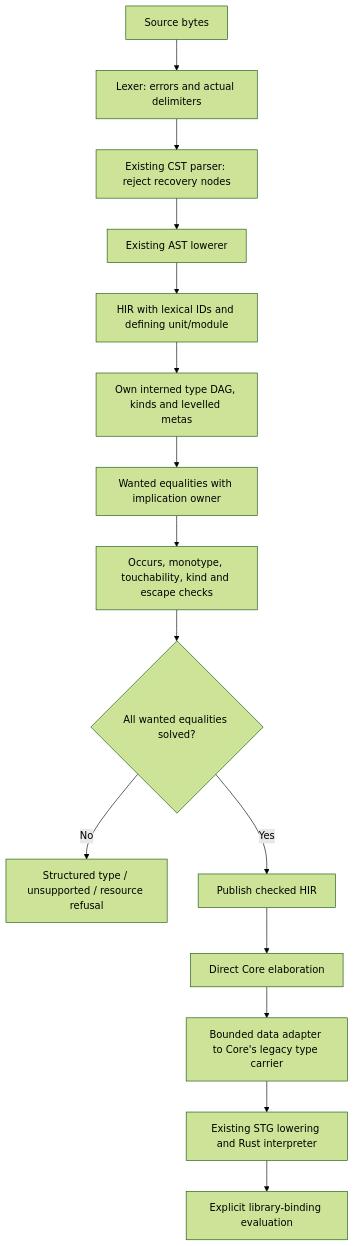
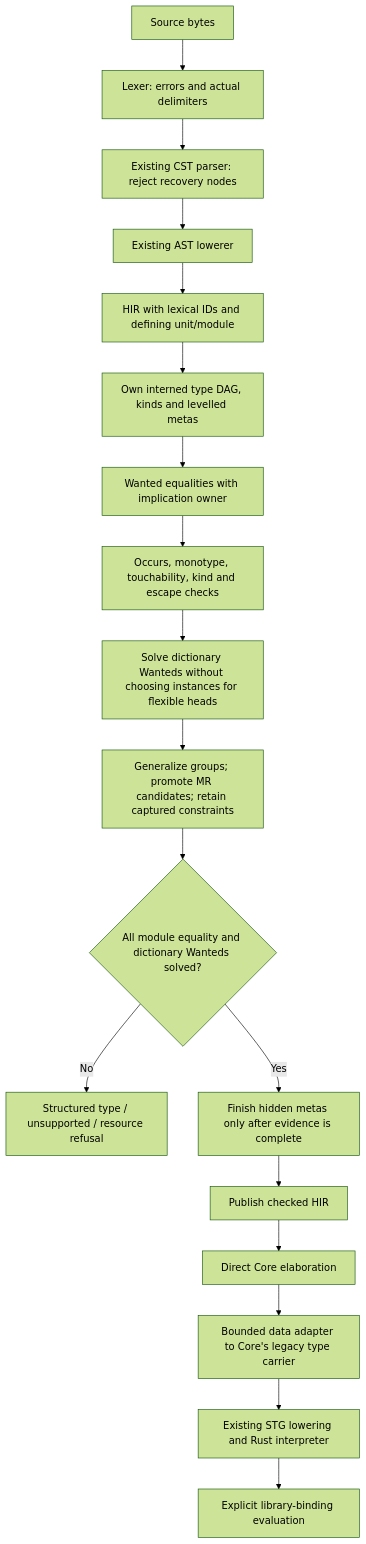
The diagram in spec-chirho/workflows-chirho/next-pipeline-chirho/check-and-elaborate-chirho.md (loveJesus/haskelujah-chirho), drawn with Mermaid (forest theme) before and after one commit. The commit also changed other lines of this file and 52 other files, not shown here.

````diff
--- a/spec-chirho/workflows-chirho/next-pipeline-chirho/check-and-elaborate-chirho.md
+++ b/spec-chirho/workflows-chirho/next-pipeline-chirho/check-and-elaborate-chirho.md
@@ -7,17 +7,20 @@
 ```mermaid
 flowchart TD
   A["Source bytes"] --> B["Lexer: errors and actual delimiters"]
   B --> C["Existing CST parser: reject recovery nodes"]
   C --> D["Existing AST lowerer"]
   D --> E["HIR with lexical IDs and defining unit/module"]
   E --> F["Own interned type DAG, kinds and levelled metas"]
   F --> G["Wanted equalities with implication owner"]
   G --> H["Occurs, monotype, touchability, kind and escape checks"]
-  H --> I{"All wanted equalities solved?"}
+  H --> P["Solve dictionary Wanteds without choosing instances for flexible heads"]
+  P --> Q["Generalize groups; promote MR candidates; retain captured constraints"]
+  Q --> I{"All module equality and dictionary Wanteds solved?"}
   I -->|No| R["Structured type / unsupported / resource refusal"]
-  I -->|Yes| J["Publish checked HIR"]
+  I -->|Yes| Z["Finish hidden metas only after evidence is complete"]
+  Z --> J["Publish checked HIR"]
   J --> K["Direct Core elaboration"]
   K --> L["Bounded data adapter to Core's legacy type carrier"]
   L --> M["Existing STG lowering and Rust interpreter"]
   M --> N["Explicit library-binding evaluation"]
 ```
````
